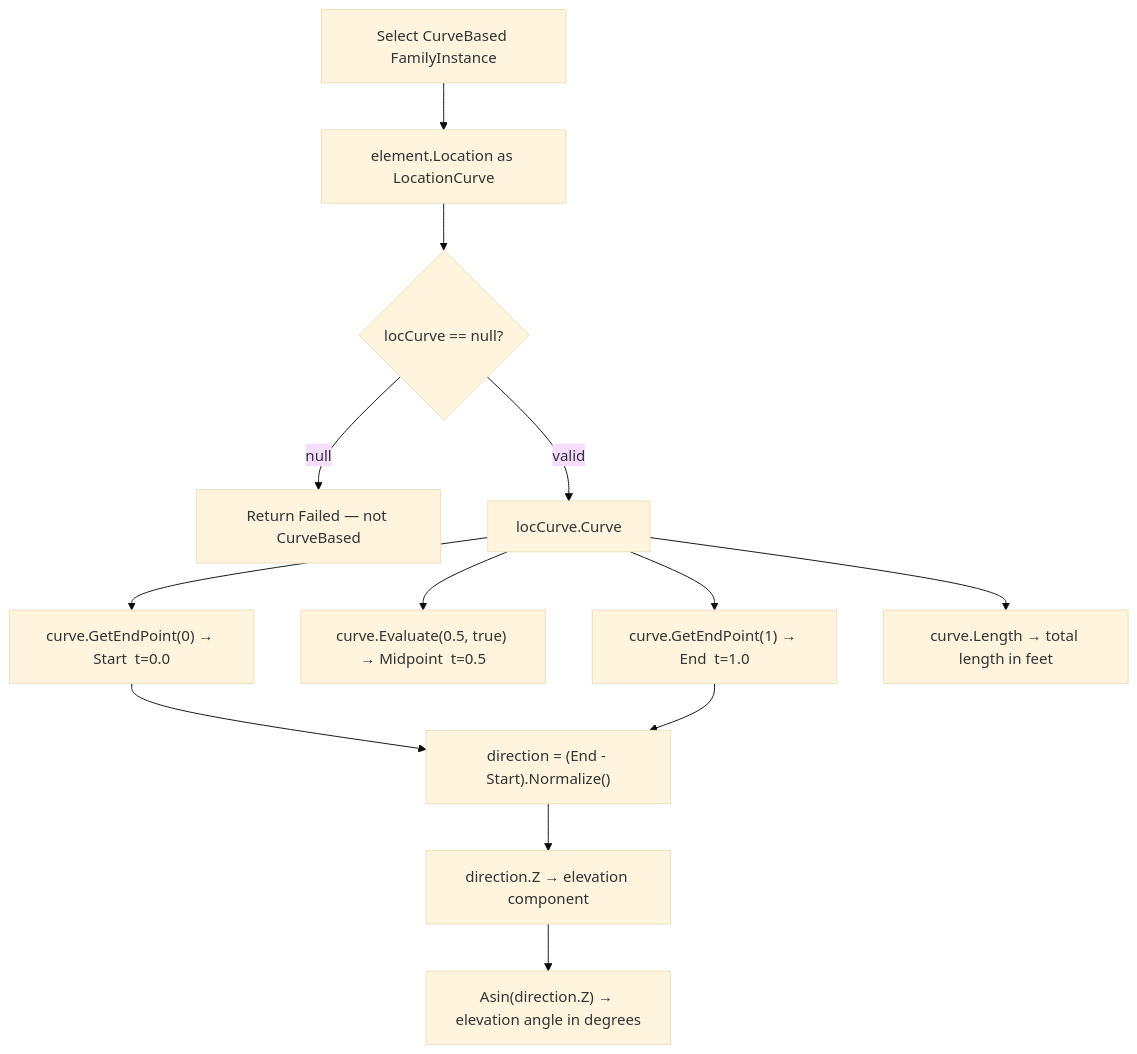
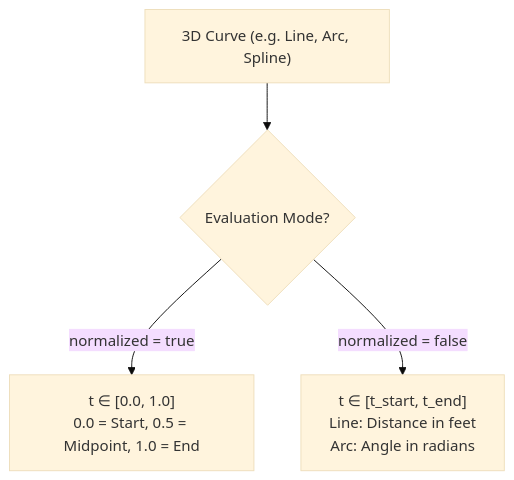
One commit to Mustafa-TOMMY/CommandSamplesRevitApiVer2025 changed the fourth of 5 diagrams in RevitApiSamples/Samples/Transform/Transform.md. Above: the diagram before and after it, drawn with Mermaid (base theme). The commit also changed other lines of this file and 1 other file, not shown here.

Commit message:
feat(transform): add GetLocationPointEndPointCommand and document 3D direction and Z-elevation calculation methods in Transform.md

````diff
--- a/RevitApiSamples/Samples/Transform/Transform.md
+++ b/RevitApiSamples/Samples/Transform/Transform.md
@@ -249,14 +211,7 @@
 ```mermaid
 flowchart TD
-    A["Select CurveBased FamilyInstance"] --> B["element.Location as LocationCurve"]
-    B --> C{"locCurve == null?"}
-    C -- "null" --> D["Return Failed — not CurveBased"]
-    C -- "valid" --> E["locCurve.Curve"]
-    E --> F["curve.GetEndPoint(0) → Start  t=0.0"]
-    E --> G["curve.Evaluate(0.5, true) → Midpoint  t=0.5"]
-    E --> H["curve.GetEndPoint(1) → End  t=1.0"]
-    E --> I["curve.Length → total length in feet"]
-    F & H --> J["direction = (End - Start).Normalize()"]
-    J --> K["direction.Z → elevation component"]
-    K --> L["Asin(direction.Z) → elevation angle in degrees"]
+    Curve["3D Curve (e.g. Line, Arc, Spline)"] --> Mode{"Evaluation Mode?"}
+    
+    Mode -->|"normalized = true"| Norm["t ∈ [0.0, 1.0]<br/>0.0 = Start, 0.5 = Midpoint, 1.0 = End"]
+    Mode -->|"normalized = false"| Raw["t ∈ [t_start, t_end]<br/>Line: Distance in feet<br/>Arc: Angle in radians"]
 ```
````
